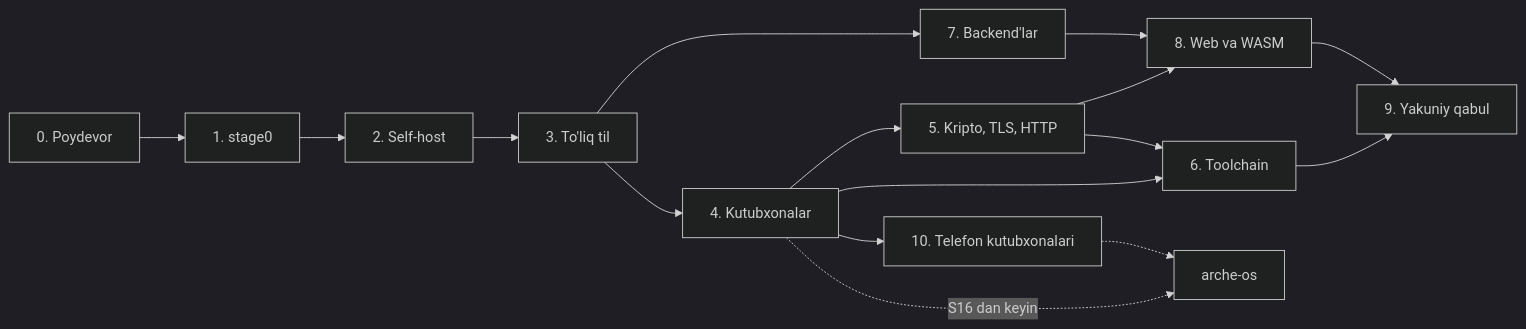
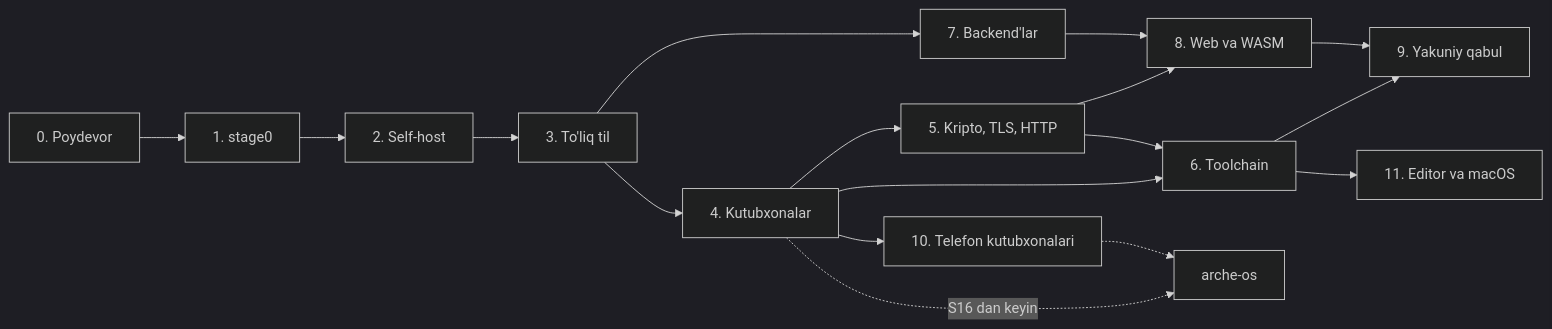
The diagram in docs/sprints.md (arche-family/arche-lang), drawn with Mermaid (dark theme) before and after one commit. The commit also changed other lines of this file and 2 other files, not shown here.

First line of the commit message:
Plan the editor work: arche-lsp, DWARF, macOS and distribution

````diff
--- a/docs/sprints.md
+++ b/docs/sprints.md
@@ -32,15 +33,16 @@
 ```mermaid
 flowchart LR
     f0["0. Poydevor"] --> f1["1. stage0"] --> f2["2. Self-host"] --> f3["3. To'liq til"] --> f4["4. Kutubxonalar"]
     f3 --> f7["7. Backend'lar"]
     f4 --> f5["5. Kripto, TLS, HTTP"]
     f4 --> f6["6. Toolchain"]
     f5 --> f6
     f5 --> f8["8. Web va WASM"]
     f7 --> f8
     f6 --> f9["9. Yakuniy qabul"]
     f8 --> f9
     f4 -.->|S16 dan keyin| os["arche-os"]
     f4 --> f10["10. Telefon kutubxonalari"]
     f10 -.-> os
+    f6 --> f11["11. Editor va macOS"]
 ```
````
